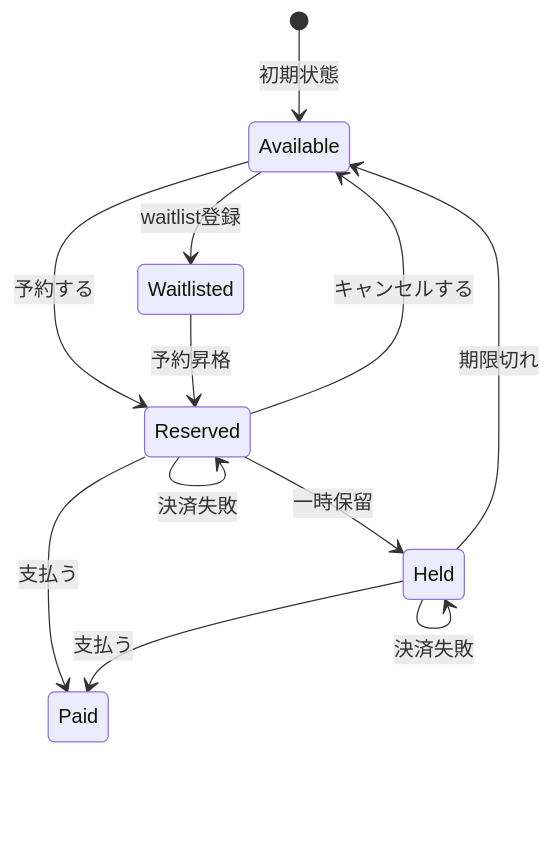
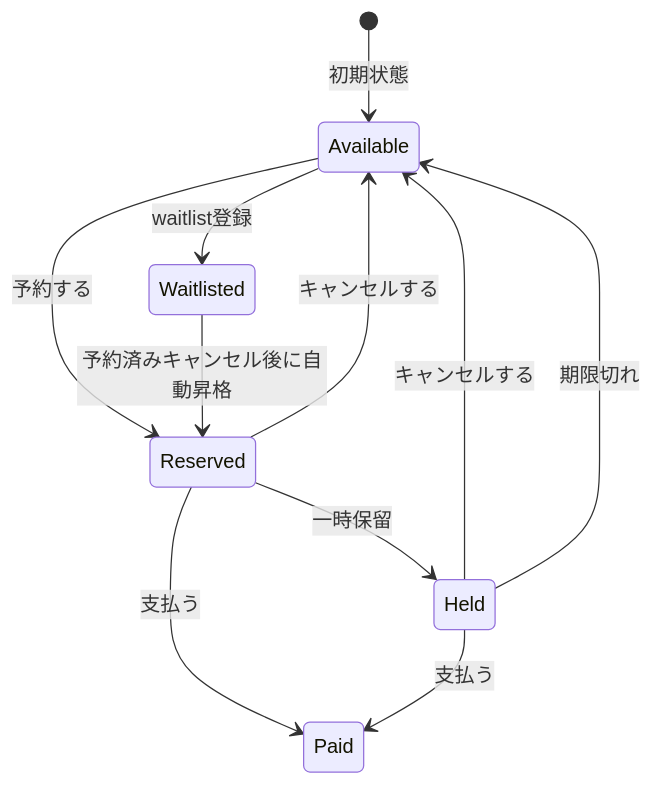
The sixth of 16 diagrams in kindle/design-patterns/output/chapter03.md (kumachan1101-pixel/DesignPattern), drawn with Mermaid before and after one commit. The commit also changed other lines of this file and 19 other files, not shown here.

````diff
--- a/kindle/design-patterns/output/chapter03.md
+++ b/kindle/design-patterns/output/chapter03.md
@@ -538,14 +538,13 @@
 ```mermaid
 stateDiagram-v2
     [*] --> Available : 初期状態
     Available --> Reserved : 予約する
     Reserved --> Paid : 支払う
     Reserved --> Available : キャンセルする
     Available --> Waitlisted : waitlist登録
-    Waitlisted --> Reserved : 予約昇格
+    Waitlisted --> Reserved : 予約済みキャンセル後に自動昇格
     Reserved --> Held : 一時保留
     Held --> Paid : 支払う
+    Held --> Available : キャンセルする
     Held --> Available : 期限切れ
-    Reserved --> Reserved : 決済失敗
-    Held --> Held : 決済失敗
 ```
````
